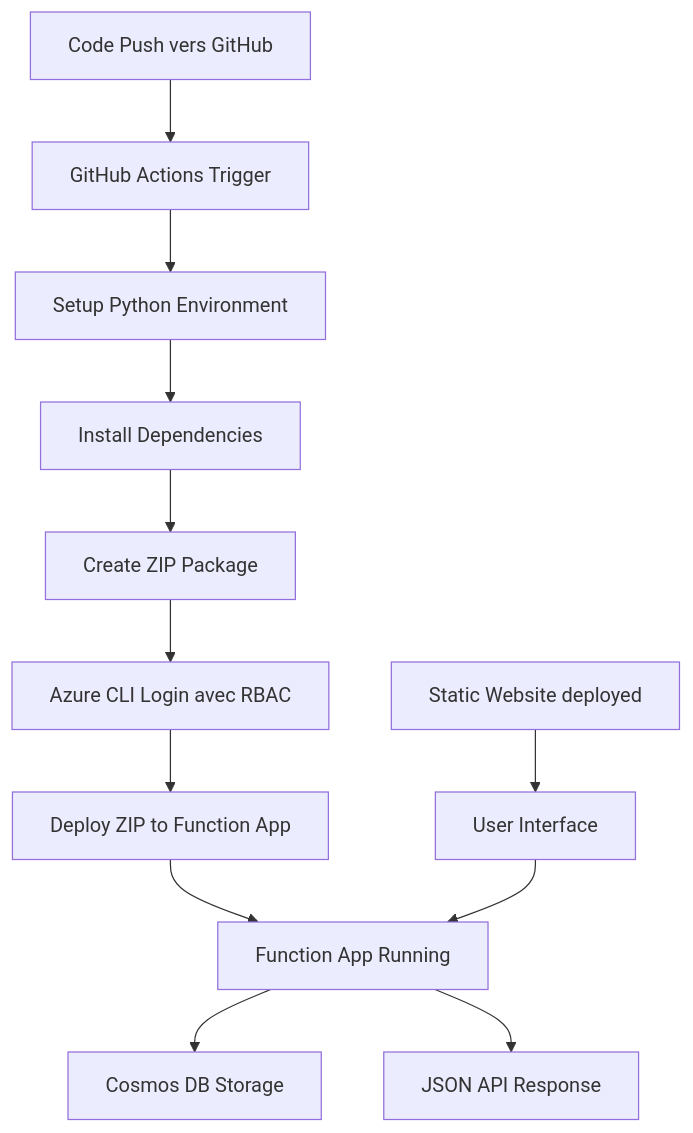
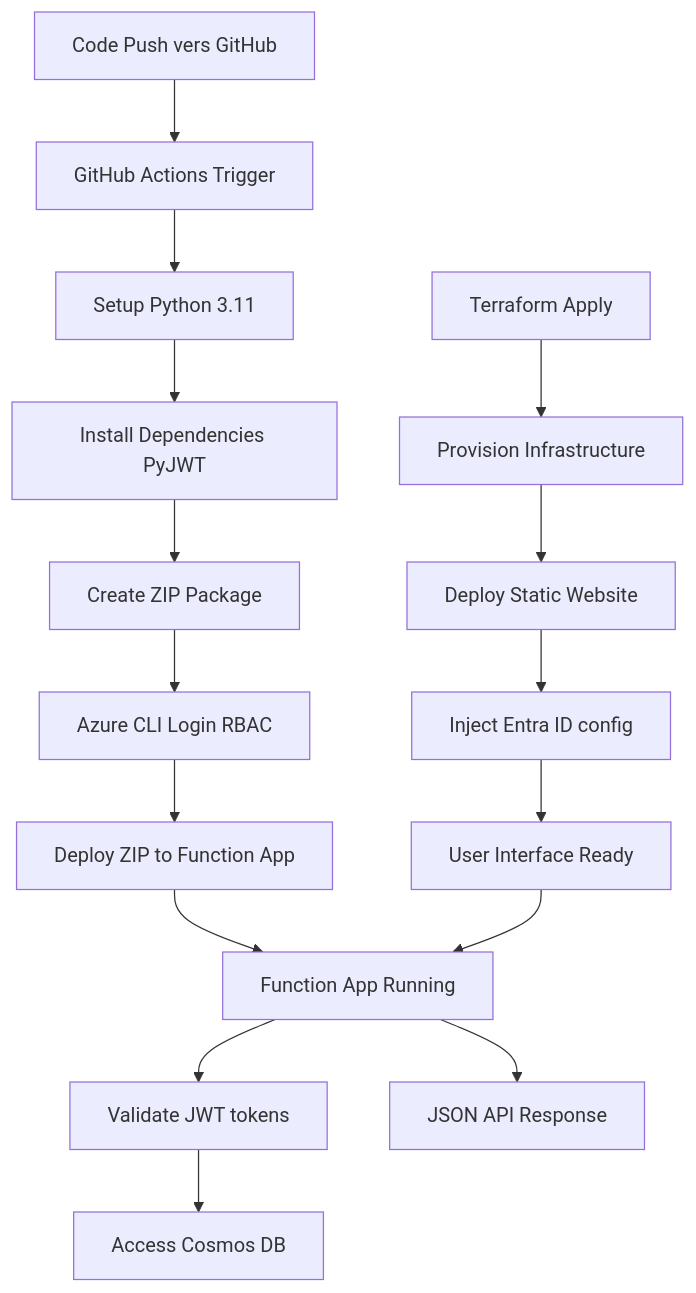
Before and after one commit to Glutenfree69/Azure_function: the second of 3 diagrams in README.md, drawn with Mermaid. The commit also changed other lines of this file and 1 other file, not shown here.

Commit message:
:bento: trimsuffix pour les cors parce que azure c'est a chier + docs :bento:

````diff
--- a/README.md
+++ b/README.md
@@ -61,14 +81,20 @@
 ```mermaid
 graph TD
     A[Code Push vers GitHub] --> B[GitHub Actions Trigger]
-    B --> C[Setup Python Environment]
-    C --> D[Install Dependencies]
+    B --> C[Setup Python 3.11]
+    C --> D[Install Dependencies PyJWT]
     D --> E[Create ZIP Package]
-    E --> F[Azure CLI Login avec RBAC]
+    E --> F[Azure CLI Login RBAC]
     F --> G[Deploy ZIP to Function App]
     G --> H[Function App Running]
-    H --> I[Cosmos DB Storage]
-    J[Static Website deployed] --> K[User Interface]
-    K --> H
-    H --> L[JSON API Response]
+    H --> I[Validate JWT tokens]
+    I --> J[Access Cosmos DB]
+    
+    K[Terraform Apply] --> L[Provision Infrastructure]
+    L --> M[Deploy Static Website]
+    M --> N[Inject Entra ID config]
+    N --> O[User Interface Ready]
+    
+    O --> H
+    H --> P[JSON API Response]
 ```
````
